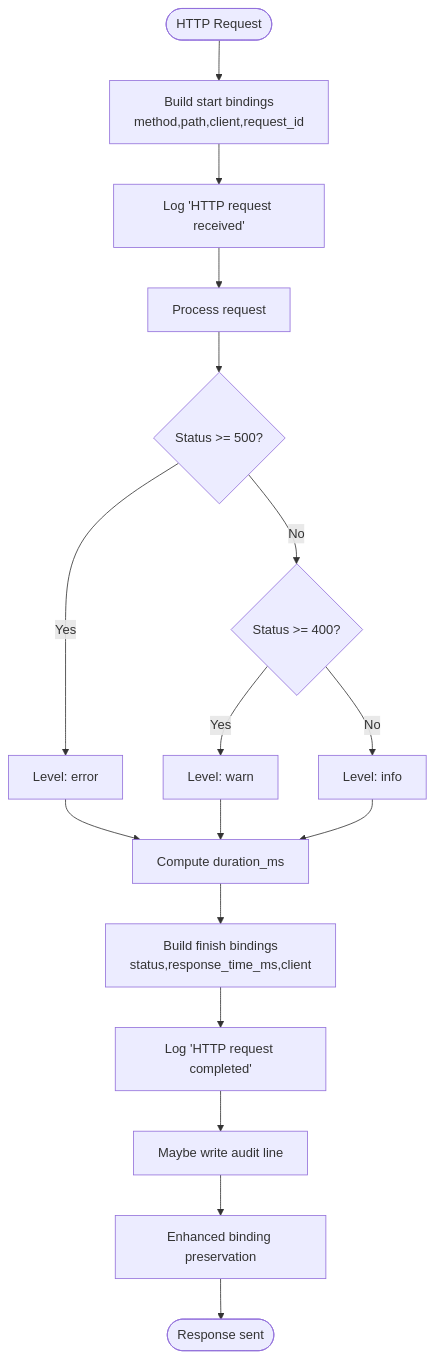
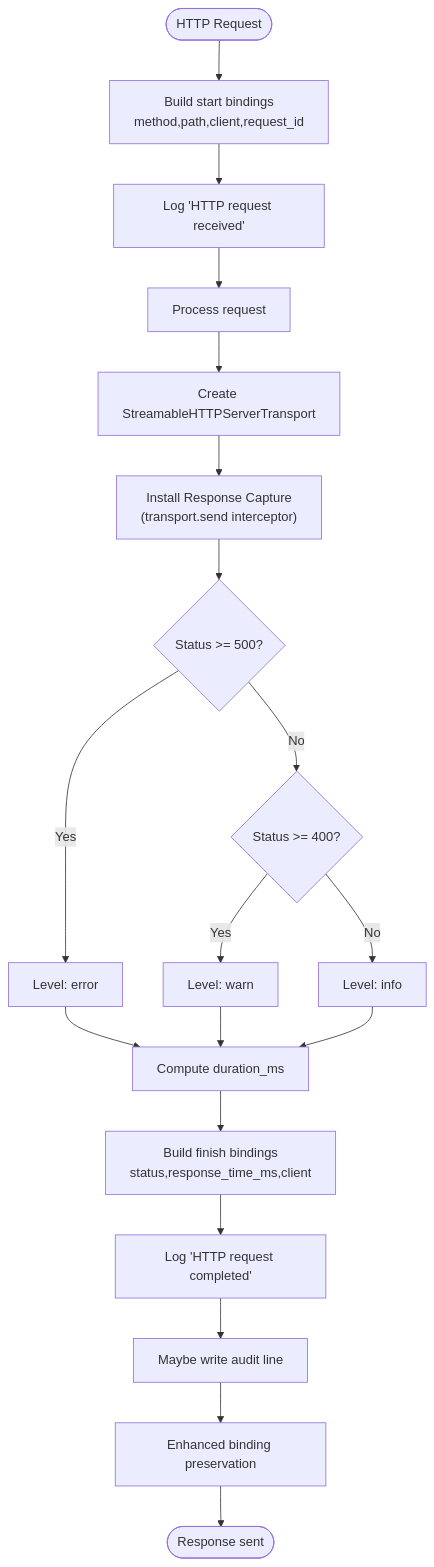
The fifth of 7 diagrams in .qoder/repowiki/en/content/Monitoring & Observability.md (debian777/kairos-mcp), drawn with Mermaid before and after one commit. The commit also changed other lines of this file and 24 other files, not shown here.

First line of the commit message:
fix(audit): capture response at transport.send() level

````diff
--- a/.qoder/repowiki/en/content/Monitoring & Observability.md
+++ b/.qoder/repowiki/en/content/Monitoring & Observability.md
@@ -359,19 +375,21 @@
 ```mermaid
 flowchart TD
 Start(["HTTP Request"]) --> Bindings["Build start bindings<br/>method,path,client,request_id"]
 Bindings --> LogStart["Log 'HTTP request received'"]
 LogStart --> Process["Process request"]
-Process --> Status{"Status >= 500?"}
+Process --> Transport["Create StreamableHTTPServerTransport"]
+Transport --> ResponseCapture["Install Response Capture<br/>(transport.send interceptor)"]
+ResponseCapture --> Status{"Status >= 500?"}
 Status --> |Yes| LevelErr["Level: error"]
 Status --> |No| Status400{"Status >= 400?"}
 Status400 --> |Yes| LevelWarn["Level: warn"]
 Status400 --> |No| LevelInfo["Level: info"]
 LevelErr --> Duration["Compute duration_ms"]
 LevelWarn --> Duration
 LevelInfo --> Duration
 Duration --> FinishBindings["Build finish bindings<br/>status,response_time_ms,client"]
 FinishBindings --> LogFinish["Log 'HTTP request completed'"]
 LogFinish --> Audit["Maybe write audit line"]
 Audit --> Enhanced["Enhanced binding preservation"]
 Enhanced --> End(["Response sent"])
 ```
````
